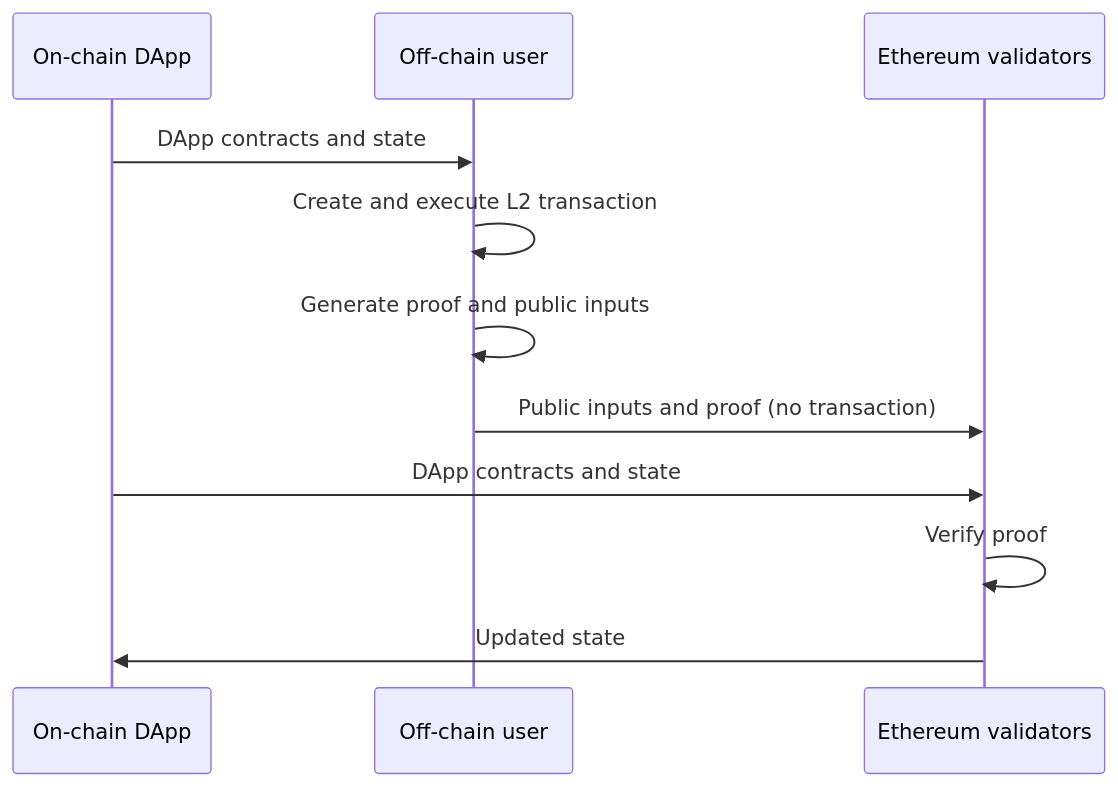
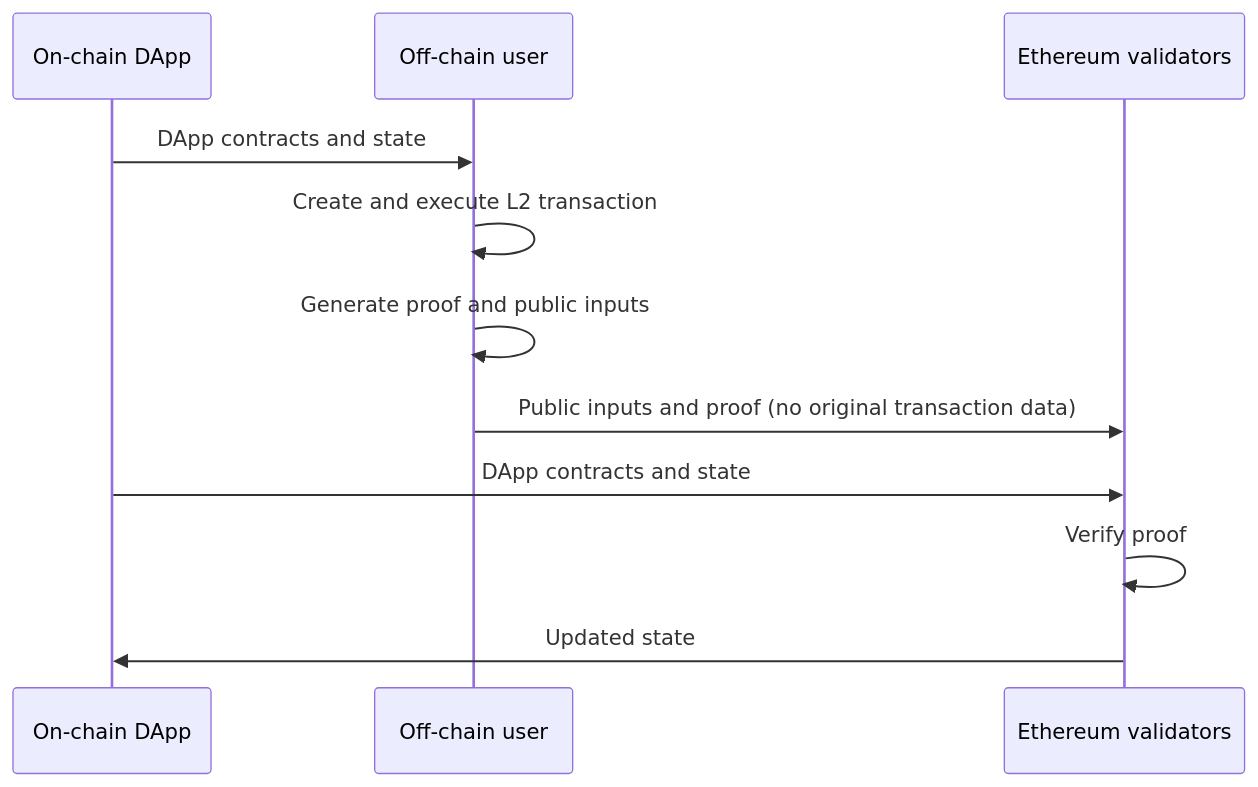
One commit to JehyukJang/Tokamak-zk-EVM changed the second of 3 diagrams in README.md. Above: the diagram before and after it, drawn with Mermaid. The commit also changed other lines of this file, not shown here.

Commit message:
docs: clarify proof and package dependencies

````diff
--- a/README.md
+++ b/README.md
@@ -84,14 +84,14 @@
 ```mermaid
 sequenceDiagram
     participant DApp as On-chain DApp
     participant User as Off-chain user
     participant Validators as Ethereum validators
 
     DApp->>User: DApp contracts and state
     User->>User: Create and execute L2 transaction
     User->>User: Generate proof and public inputs
-    User->>Validators: Public inputs and proof (no transaction)
+    User->>Validators: Public inputs and proof (no original transaction data)
     DApp->>Validators: DApp contracts and state
     Validators->>Validators: Verify proof
     Validators->>DApp: Updated state
 ```
````
